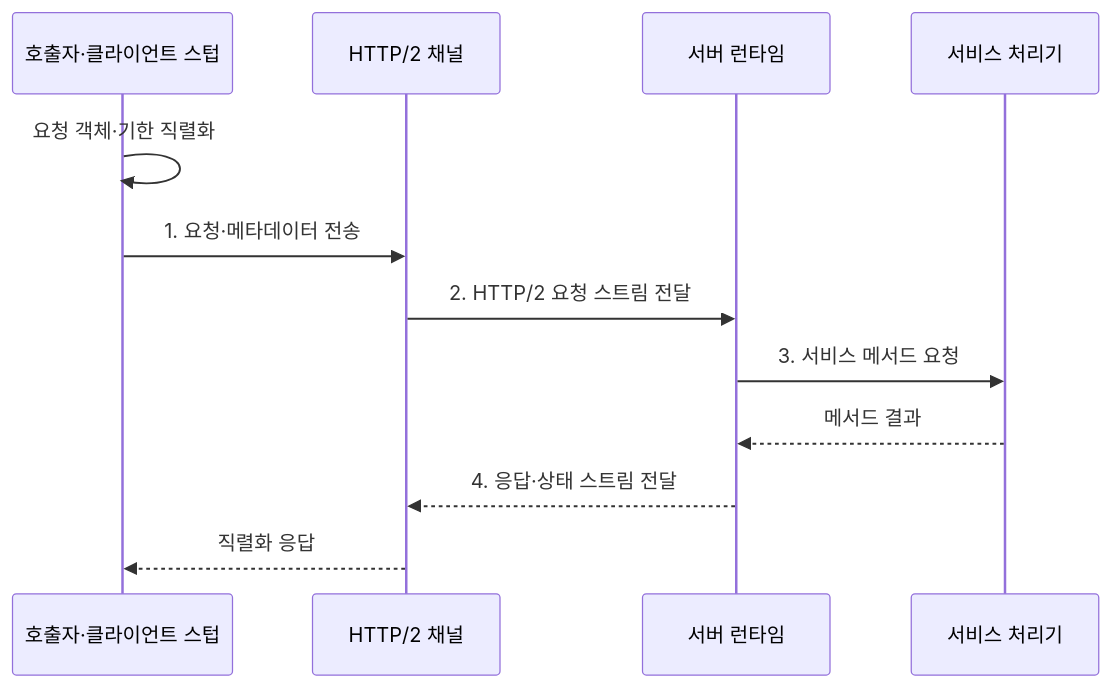
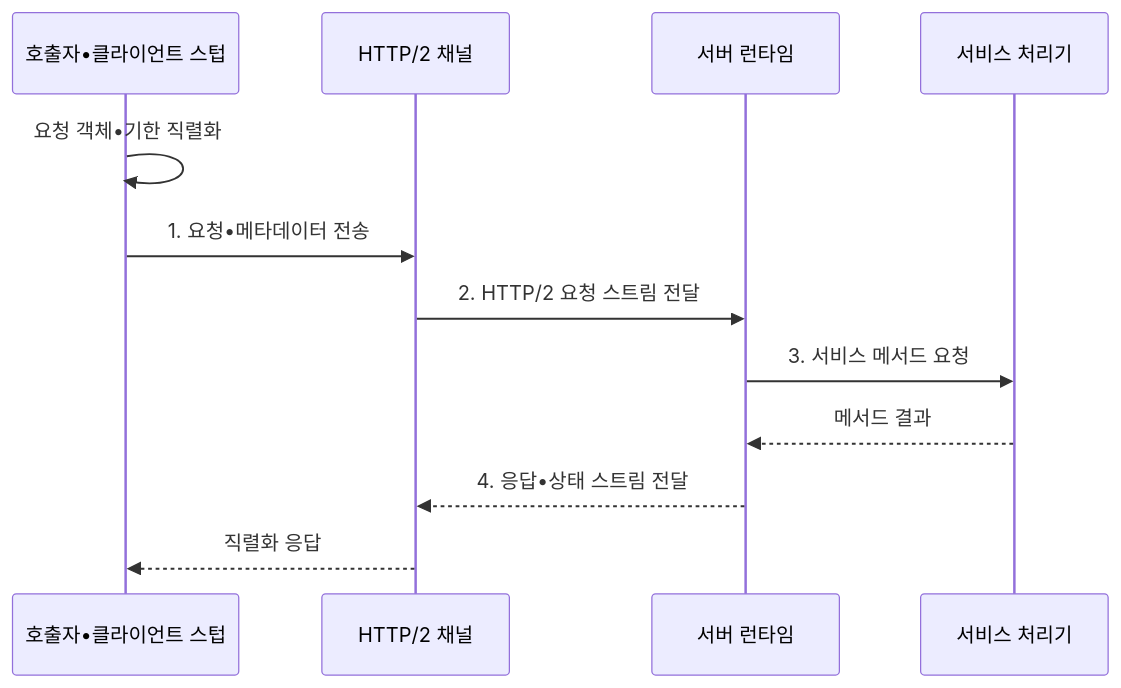
Before and after one commit to agnusdei1207/knowledge-base: the second of 2 diagrams in src/content/docs/notes/03-software/173_grpc.md, drawn with Mermaid. The commit also changed other lines of this file and 953 other files, not shown here.

````diff
--- a/src/content/docs/notes/03-software/173_grpc.md
+++ b/src/content/docs/notes/03-software/173_grpc.md
@@ -109,14 +109,14 @@
 ```mermaid
 sequenceDiagram
-    participant C as 호출자·클라이언트 스텁
+    participant C as 호출자•클라이언트 스텁
     participant H as HTTP/2 채널
     participant R as 서버 런타임
     participant S as 서비스 처리기
-    C->>C: 요청 객체·기한 직렬화
-    C->>H: 1. 요청·메타데이터 전송
+    C->>C: 요청 객체•기한 직렬화
+    C->>H: 1. 요청•메타데이터 전송
     H->>R: 2. HTTP/2 요청 스트림 전달
     R->>S: 3. 서비스 메서드 요청
     S-->>R: 메서드 결과
-    R-->>H: 4. 응답·상태 스트림 전달
+    R-->>H: 4. 응답•상태 스트림 전달
     H-->>C: 직렬화 응답
 ```
````
